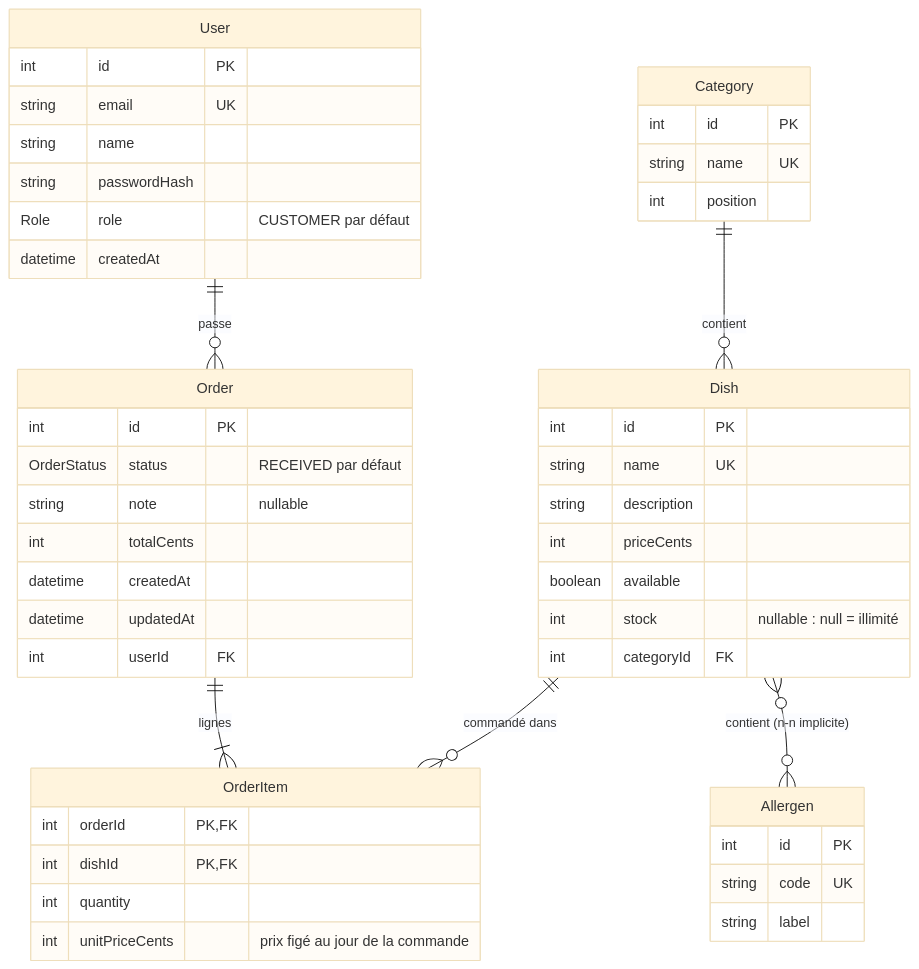
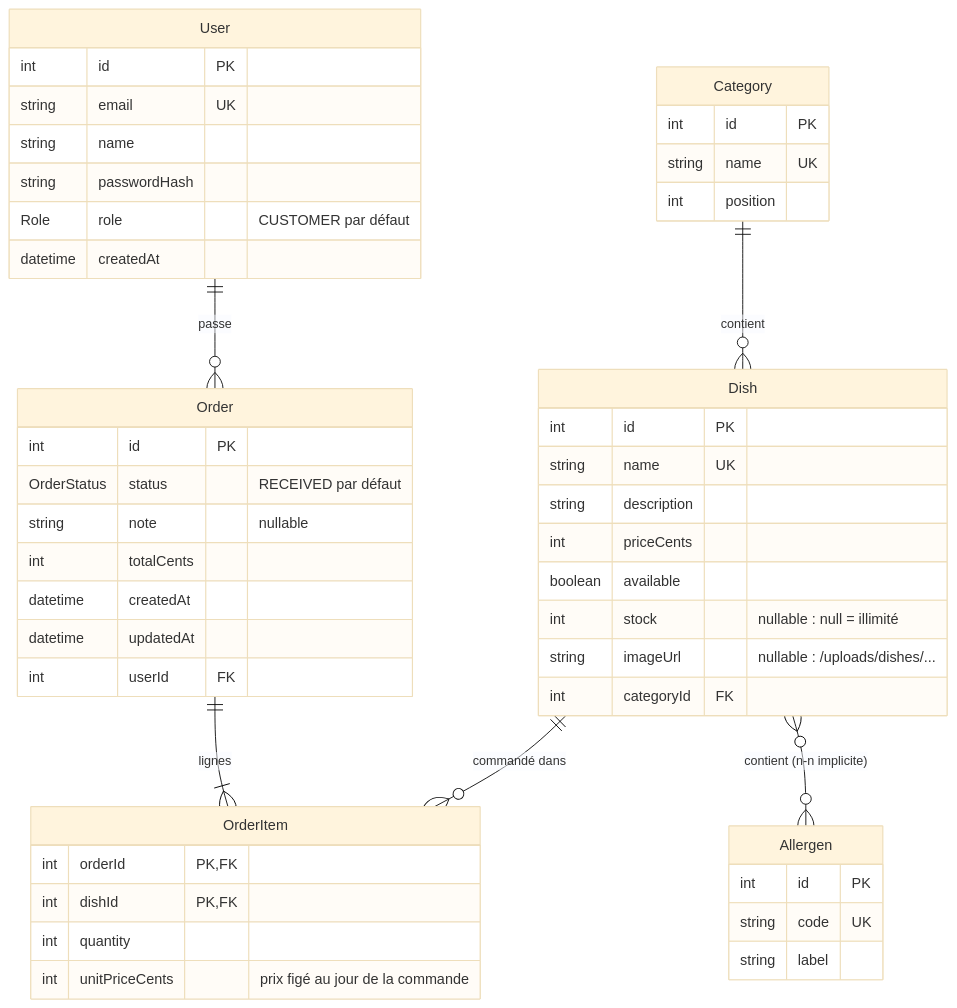
One commit to powksy94/roulotte_server_api changed the third of 3 diagrams in README.md. Above: the diagram before and after it, drawn with Mermaid (base theme). The commit also changed other lines of this file, not shown here.

````diff
--- a/README.md
+++ b/README.md
@@ -138,51 +198,52 @@
 ```mermaid
 erDiagram
     User ||--o{ Order : "passe"
     Category ||--o{ Dish : "contient"
     Dish }o--o{ Allergen : "contient (n-n implicite)"
     Order ||--|{ OrderItem : "lignes"
     Dish ||--o{ OrderItem : "commandé dans"
 
     User {
         int id PK
         string email UK
         string name
         string passwordHash
         Role role "CUSTOMER par défaut"
         datetime createdAt
     }
     Category {
         int id PK
         string name UK
         int position
     }
     Allergen {
         int id PK
         string code UK
         string label
     }
     Dish {
         int id PK
         string name UK
         string description
         int priceCents
         boolean available
         int stock "nullable : null = illimité"
+        string imageUrl "nullable : /uploads/dishes/..."
         int categoryId FK
     }
     Order {
         int id PK
         OrderStatus status "RECEIVED par défaut"
         string note "nullable"
         int totalCents
         datetime createdAt
         datetime updatedAt
         int userId FK
     }
     OrderItem {
         int orderId PK,FK
         int dishId PK,FK
         int quantity
         int unitPriceCents "prix figé au jour de la commande"
     }
 ```
````
